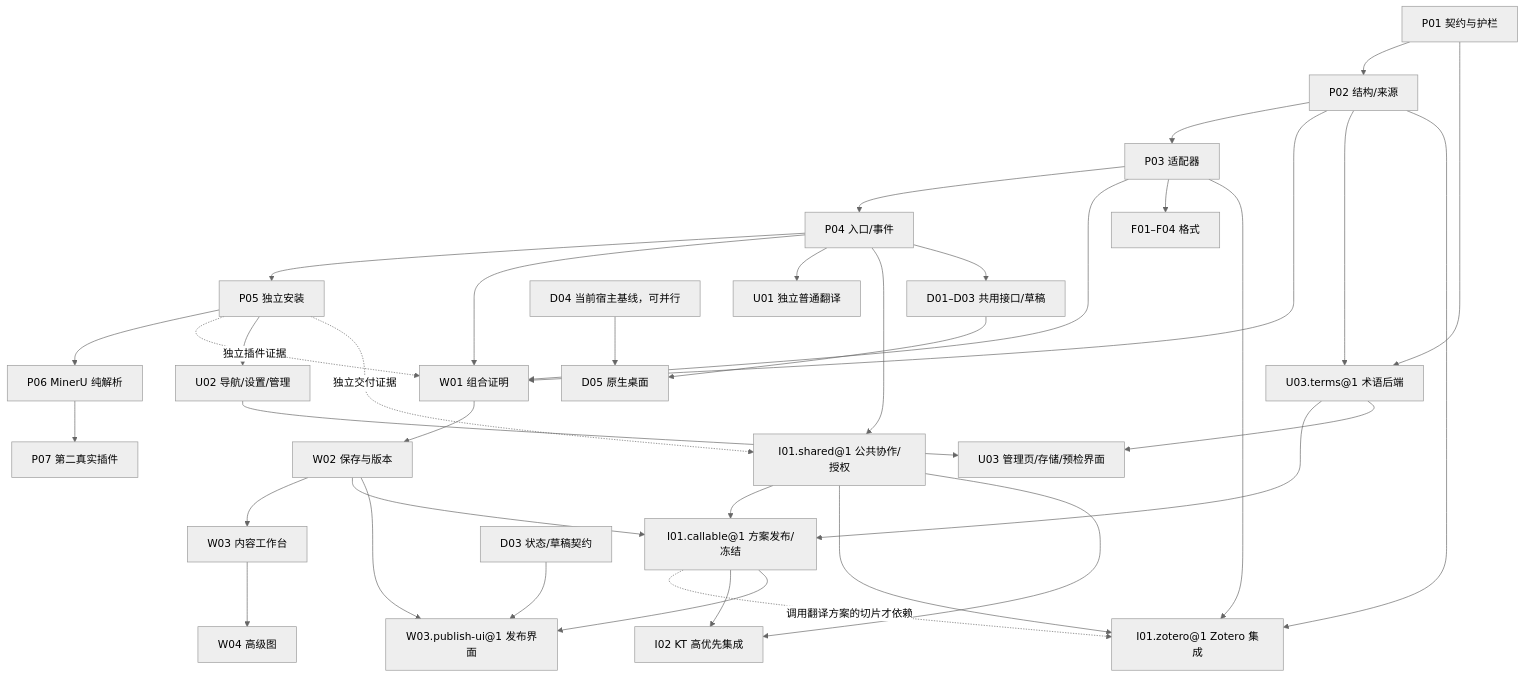
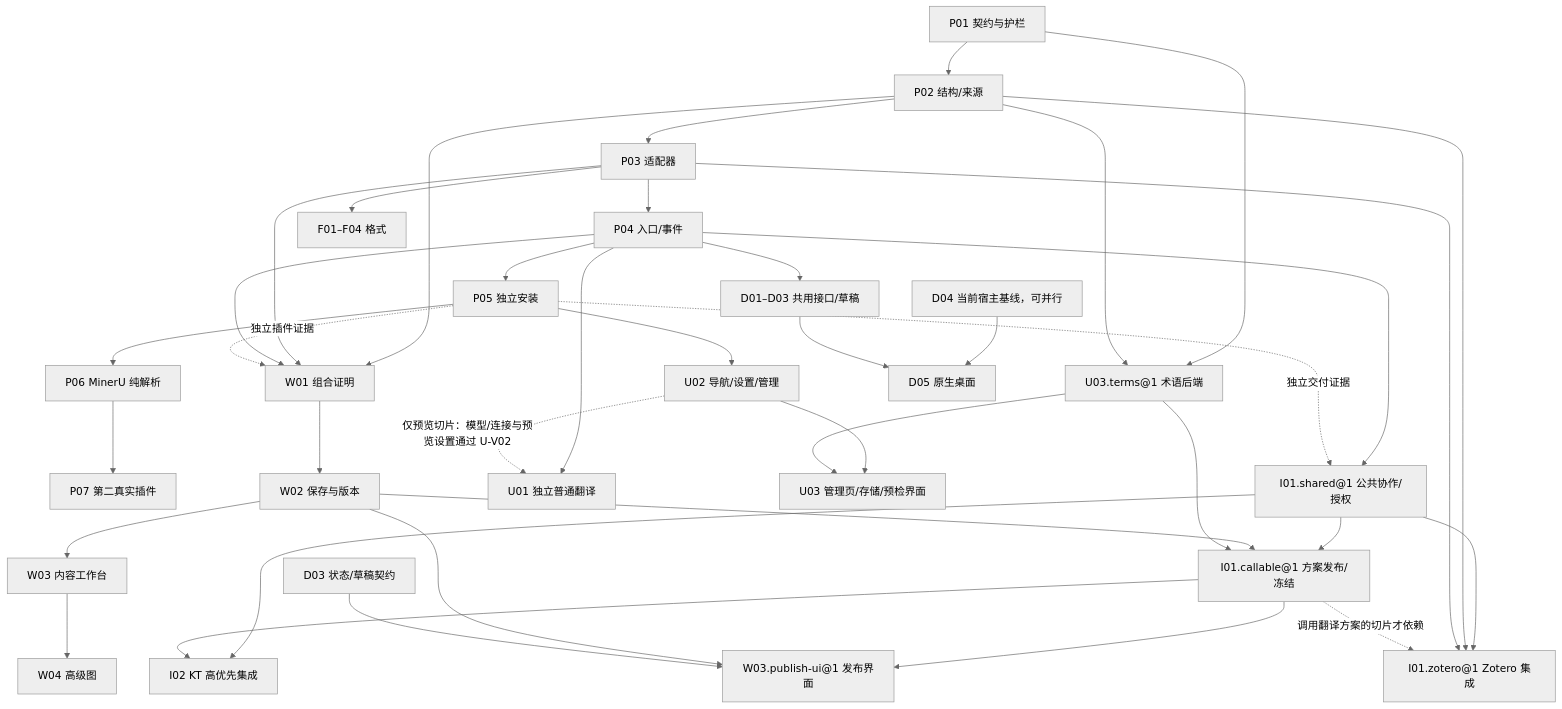
Before and after one commit to KongouAirlines/ivoraige: the diagram in docs/plan/0.1.x/README.md, drawn with Mermaid (neutral theme). The commit also changed other lines of this file and 7 other files, not shown here.

````diff
--- a/docs/plan/0.1.x/README.md
+++ b/docs/plan/0.1.x/README.md
@@ -29,40 +29,41 @@
 ```mermaid
 flowchart TD
   P01["P01 契约与护栏"] --> P02["P02 结构/来源"]
   P02 --> P03["P03 适配器"]
   P03 --> P04["P04 入口/事件"]
   P04 --> P05["P05 独立安装"]
   P05 --> P06["P06 MinerU 纯解析"]
   P06 --> P07["P07 第二真实插件"]
   P02 --> W01["W01 组合证明"]
   P03 --> W01
   P04 --> W01
   P05 -. "独立插件证据" .-> W01
   W01 --> W02["W02 保存与版本"]
   W02 --> W03["W03 内容工作台"]
   W03 --> W04["W04 高级图"]
   P04 --> U01["U01 独立普通翻译"]
   P05 --> U02["U02 导航/设置/管理"]
+  U02 -. "仅预览切片：模型/连接与预览设置通过 U-V02" .-> U01
   U02 --> U03["U03 管理页/存储/预检界面"]
   P03 --> Formats["F01–F04 格式"]
   P04 --> SharedAPI["I01.shared@1 公共协作/授权"]
   SharedAPI --> Callable["I01.callable@1 方案发布/冻结"]
   W02 --> Callable
   P01 --> Terms["U03.terms@1 术语后端"]
   P02 --> Terms
   Terms --> Callable
   Terms --> U03
   SharedAPI --> Zotero["I01.zotero@1 Zotero 集成"]
   P02 --> Zotero
   P03 --> Zotero
   Callable -. "调用翻译方案的切片才依赖" .-> Zotero
   SharedAPI --> I02["I02 KT 高优先集成"]
   Callable --> I02
   Callable --> PublishUI["W03.publish-ui@1 发布界面"]
   W02 --> PublishUI
   D03["D03 状态/草稿契约"] --> PublishUI
   P05 -. "独立交付证据" .-> SharedAPI
   D04["D04 当前宿主基线，可并行"] --> D05["D05 原生桌面"]
   P04 --> Desktop["D01–D03 共用接口/草稿"]
   Desktop --> D05
 ```
````
